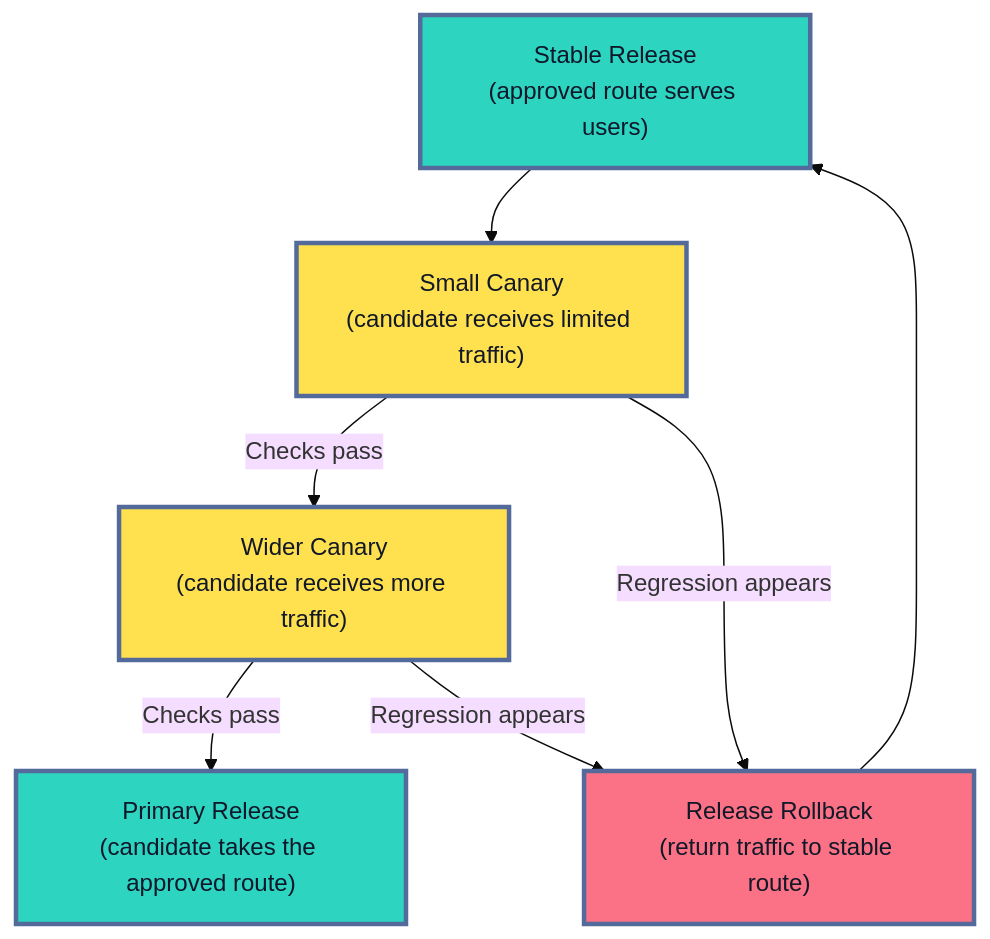
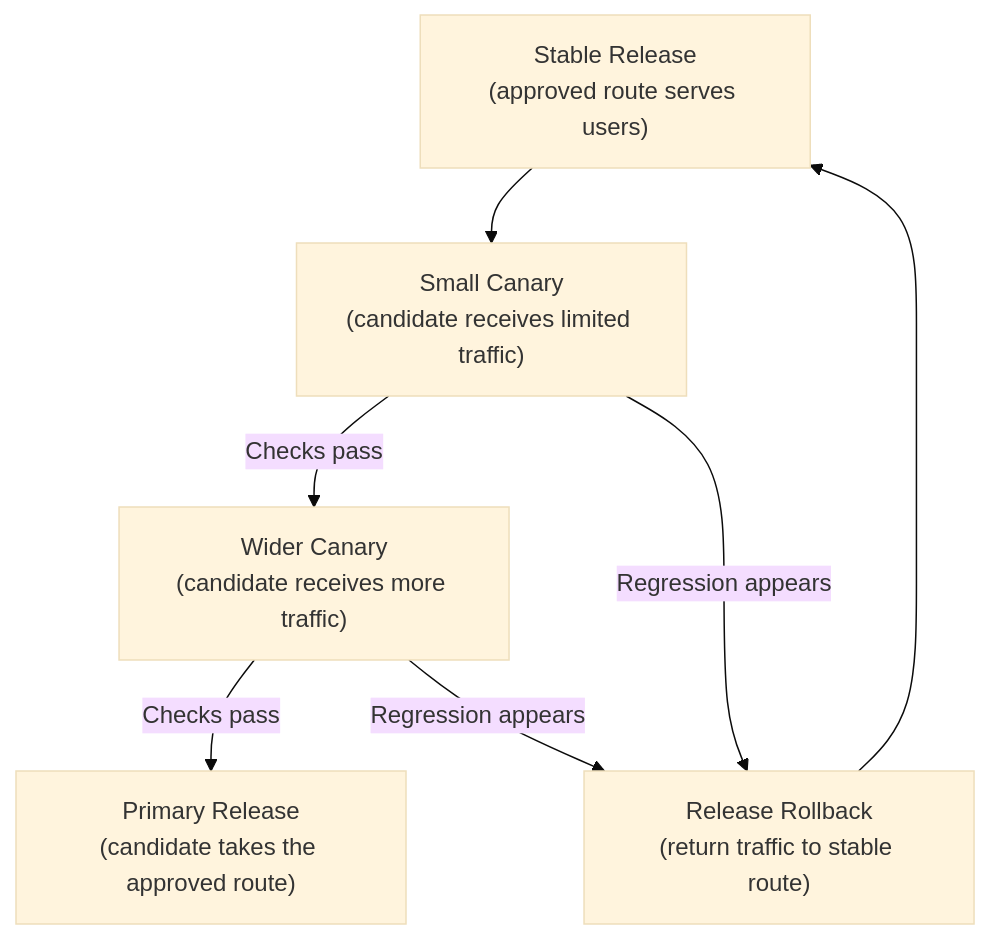
Before and after one commit to senlinyy/dev-roadmaps: the eighth of 11 diagrams in roadmaps/mlops/modules/monitoring-and-feedback/system-observability/01-monitoring-latency-errors-resources.md, drawn with Mermaid (base theme). The commit also changed other lines of this file and 152 other files, not shown here.

Commit message:
feat: mlops and diagrams updated

````diff
--- a/roadmaps/mlops/modules/monitoring-and-feedback/system-observability/01-monitoring-latency-errors-resources.md
+++ b/roadmaps/mlops/modules/monitoring-and-feedback/system-observability/01-monitoring-latency-errors-resources.md
@@ -601,16 +553,13 @@
 ```mermaid
 flowchart TD
     A["Stable Release<br/>(approved route serves users)"] --> B["Small Canary<br/>(candidate receives limited traffic)"]
     B -->|"Checks pass"| C["Wider Canary<br/>(candidate receives more traffic)"]
     B -->|"Regression appears"| D["Release Rollback<br/>(return traffic to stable route)"]
     C -->|"Checks pass"| E["Primary Release<br/>(candidate takes the approved route)"]
     C -->|"Regression appears"| D
     D --> A
 
-    classDef stable fill:#2DD4BF,stroke:#536A9A,stroke-width:3px,color:#0F172A
-    classDef review fill:#FFE04F,stroke:#536A9A,stroke-width:3px,color:#111827
-    classDef action fill:#FB7185,stroke:#536A9A,stroke-width:3px,color:#111827
     class A,E stable
     class B,C review
     class D action
 ```
````
